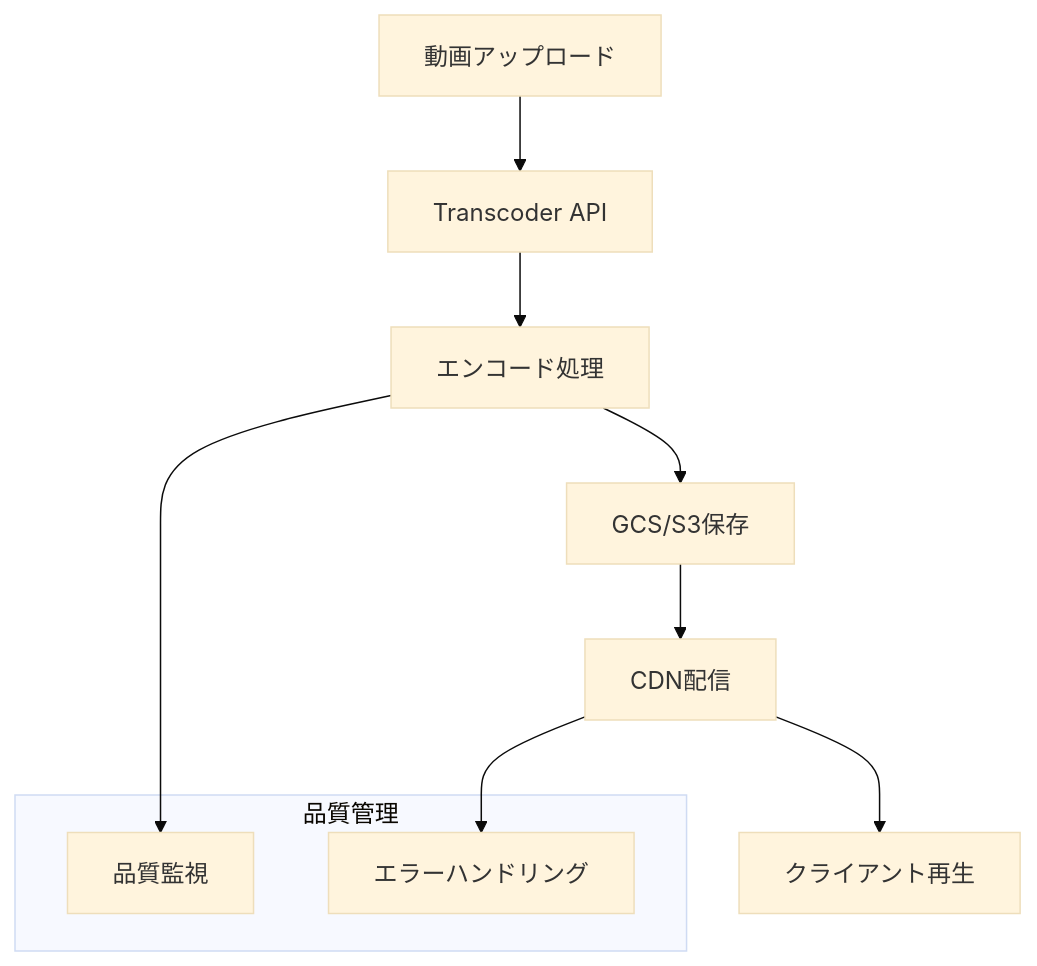
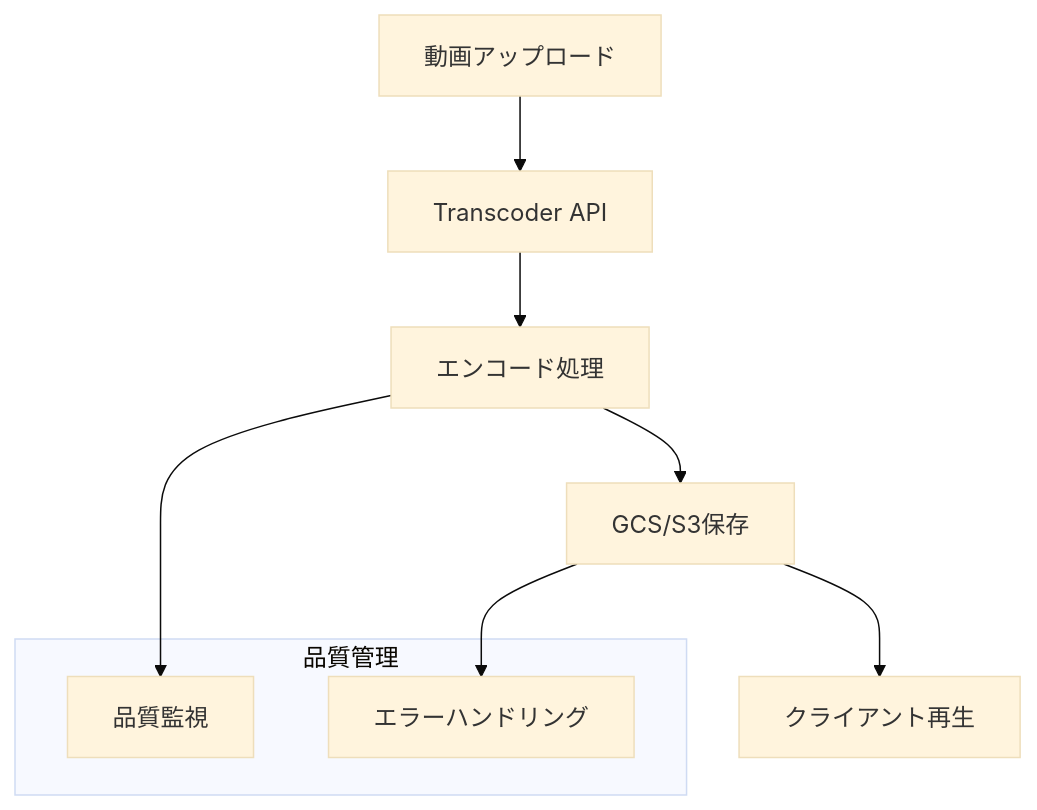
One commit to YosukeImai/my-articles changed the diagram in articles/streaming-cheatsheet.md. Above: the diagram before and after it, drawn with Mermaid (base theme). The commit also changed other lines of this file and 2 other files, not shown here.

````diff
--- a/articles/streaming-cheatsheet.md
+++ b/articles/streaming-cheatsheet.md
@@ -202,16 +208,15 @@
 ```mermaid
 graph TD
     A[動画アップロード] --> B[Transcoder API]
     B --> C[エンコード処理]
     C --> D[GCS/S3保存]
-    D --> E[CDN配信]
-    E --> F[クライアント再生]
+    D --> E[クライアント再生]
     
     subgraph "品質管理"
-        G[品質監視]
-        H[エラーハンドリング]
+        F[品質監視]
+        G[エラーハンドリング]
     end
     
-    C --> G
-    E --> H
+    C --> F
+    D --> G
 ```
````
